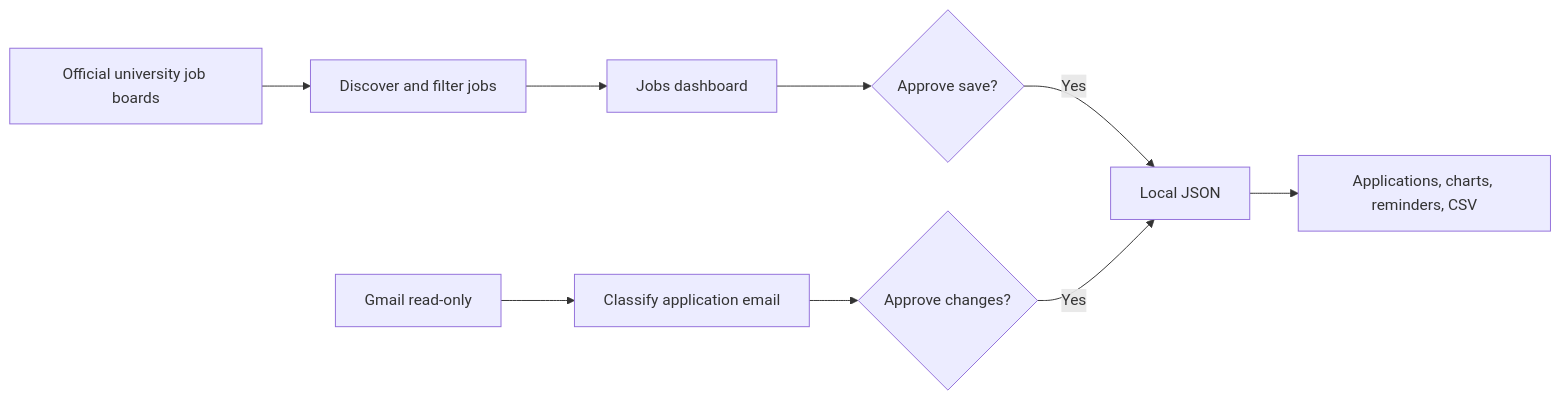
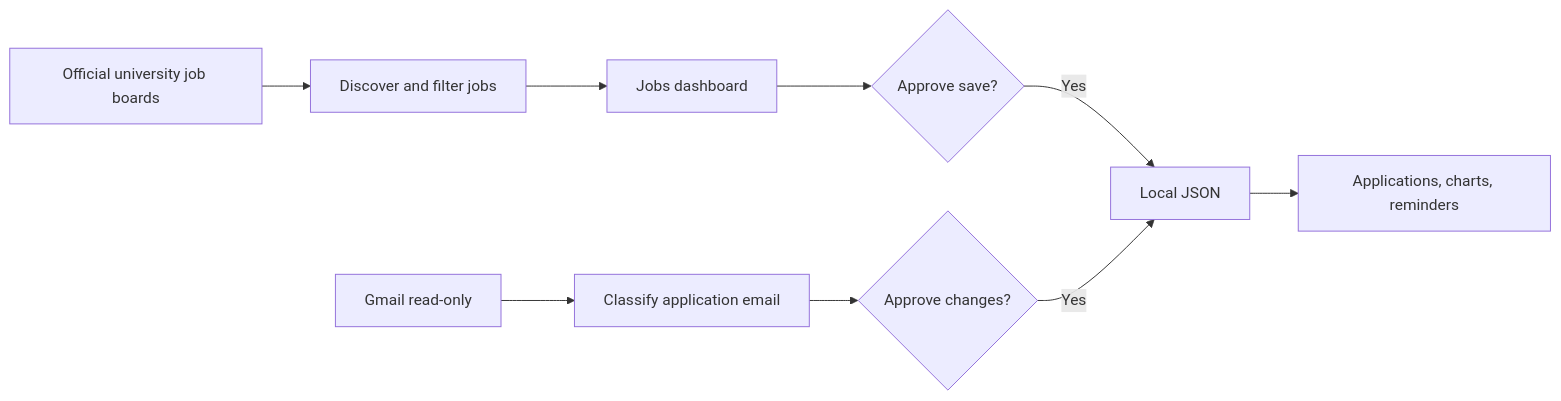
The diagram in README.md (rutujashingate/Job-tracker-AI-agent), drawn with Mermaid before and after one commit. The commit also changed other lines of this file and 7 other files, not shown here.

````diff
--- a/README.md
+++ b/README.md
@@ -42,11 +43,11 @@
 ```mermaid
 flowchart LR
     A[Official university job boards] --> B[Discover and filter jobs]
     B --> C[Jobs dashboard]
     C --> D{Approve save?}
     D -->|Yes| E[Local JSON]
     F[Gmail read-only] --> G[Classify application email]
     G --> H{Approve changes?}
     H -->|Yes| E
-    E --> I[Applications, charts, reminders, CSV]
+    E --> I[Applications, charts, reminders]
 ```
````
